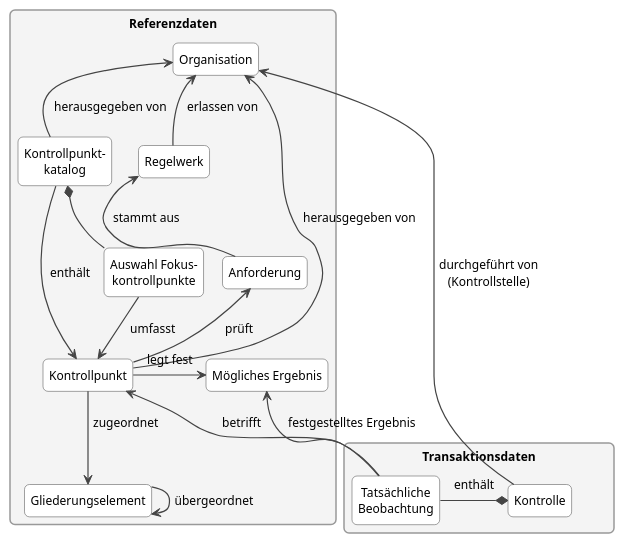
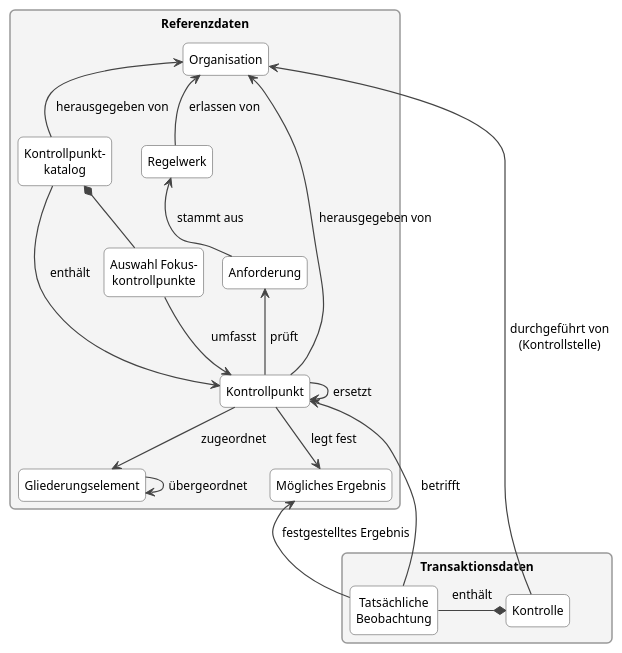
One commit to Persilian/eCH-0264 changed the diagram in docs/de/assets/puml/conceptual_model.puml. Above: the diagram before and after it, drawn with PlantUML. The commit also changed 3 other files, not shown here.

```diff
--- a/docs/de/assets/puml/conceptual_model.puml
+++ b/docs/de/assets/puml/conceptual_model.puml
@@ -5,50 +5,51 @@
 @startuml
 !pragma layout smetana
 skinparam shadowing false
 skinparam roundCorner 10
 skinparam packageStyle rectangle
 skinparam defaultFontSize 12
 skinparam Padding 3
 skinparam ArrowColor #444444
 skinparam ArrowThickness 1.2
 skinparam classBorderColor #444444
 skinparam classBackgroundColor #FFFFFF
 skinparam packageBorderColor #999999
 skinparam packageBackgroundColor #F4F4F4
 hide circle
 hide empty members
 
 package "Referenzdaten" as REF {
   class "Organisation" as ORG
   class "Regelwerk" as RW
   class "Anforderung" as ANF
   class "Kontrollpunkt" as KP
   class "Mögliches Ergebnis" as ERG
   class "Gliederungselement" as GE
   class "Kontrollpunkt-\nkatalog" as KAT
   class "Auswahl Fokus-\nkontrollpunkte" as FKP
 
   RW -up-> ORG : erlassen von
   ANF -up-> RW : stammt aus
   KP -up-> ANF : prüft
   KP -up-> ORG : herausgegeben von
-  KP -right-> ERG : legt fest
+  KP -down-> ERG : legt fest
   KP --> GE : zugeordnet
   GE --> GE : übergeordnet
+  KP --> KP : ersetzt
   KAT --> KP : enthält
   KAT -up-> ORG : herausgegeben von
   KAT *-- FKP
   FKP --> KP : umfasst
 }
 
 package "Transaktionsdaten" as TRX {
   class "Kontrolle" as KON
   class "Tatsächliche\nBeobachtung" as BEO
   KON *-right- BEO : enthält
 }
 
 BEO -up-> KP : betrifft
 BEO -up-> ERG : festgestelltes Ergebnis
 KON -up-> ORG : durchgeführt von\n(Kontrollstelle)
 REF -[hidden]down- TRX
 @enduml
```
